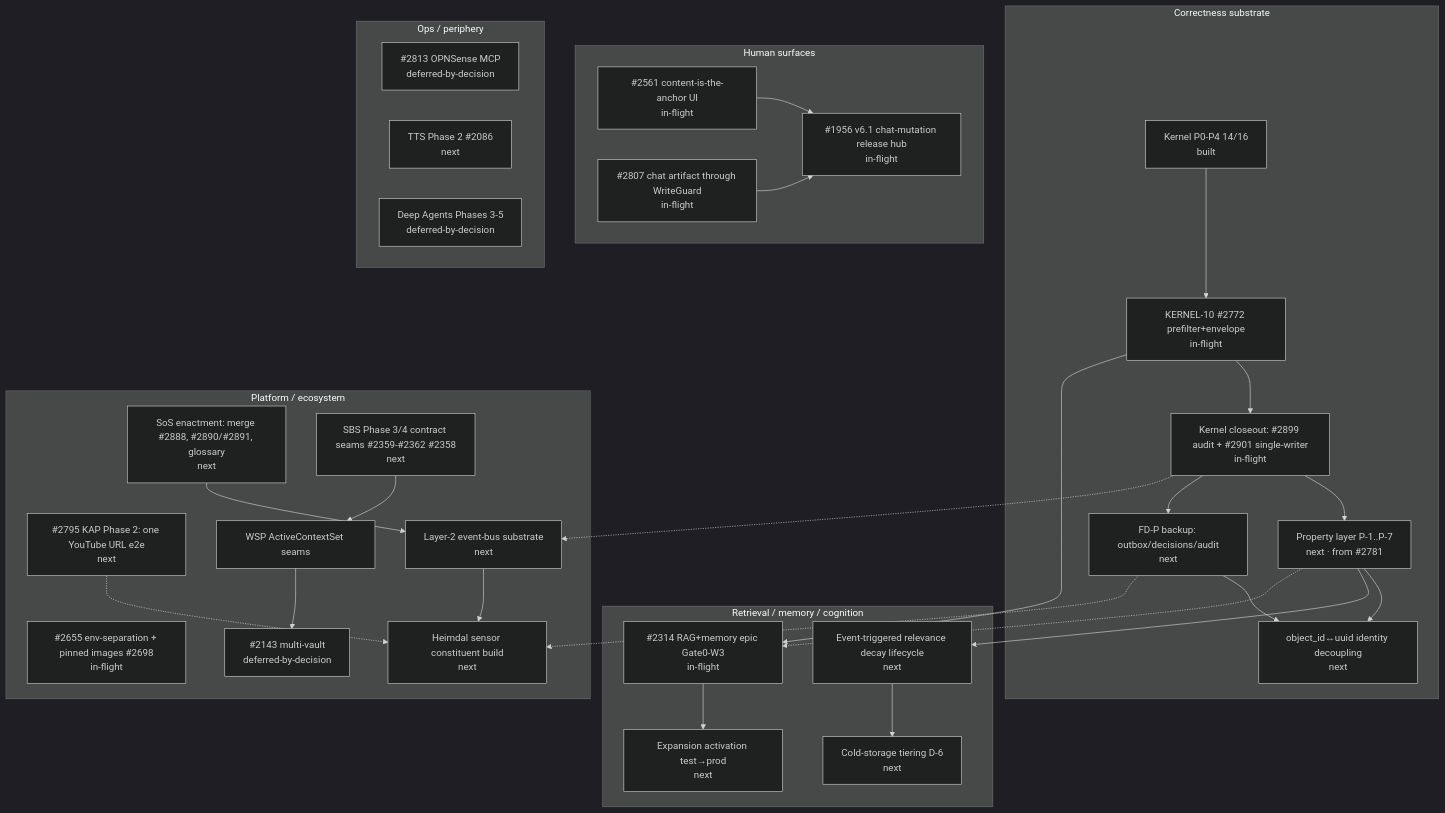
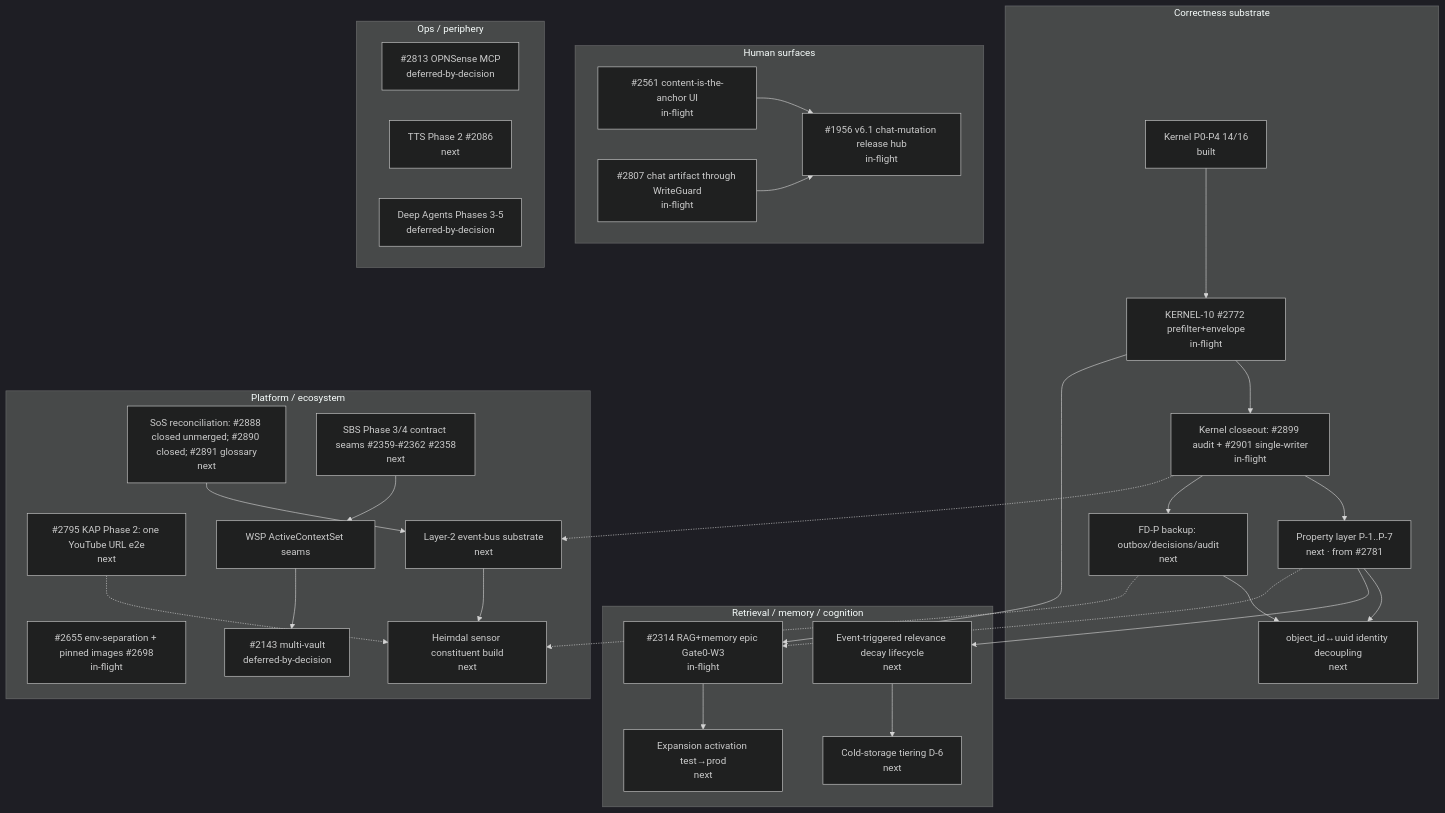
One commit to RasmusTho/agentic-pkm-mvp changed the diagram in docs/architecture/evolution-graph.md. Above: the diagram before and after it, drawn with Mermaid (dark theme). The commit also changed other lines of this file and 4 other files, not shown here.

````diff
--- a/docs/architecture/evolution-graph.md
+++ b/docs/architecture/evolution-graph.md
@@ -21,46 +21,46 @@
 ```mermaid
 graph TD
   subgraph Substrate["Correctness substrate"]
     K0[Kernel P0-P4 14/16<br/>built] --> K10[KERNEL-10 #2772 prefilter+envelope<br/>in-flight]
     K10 --> KCLOSE[Kernel closeout: #2899 audit + #2901 single-writer<br/>in-flight]
     KCLOSE --> PROPS[Property layer P-1..P-7<br/>next  · from #2781]
     KCLOSE --> BACKUP[FD-P backup: outbox/decisions/audit<br/>next]
     PROPS --> IDENT[object_id↔uuid identity decoupling<br/>next]
     BACKUP --> IDENT
   end
 
   subgraph Cognition["Retrieval / memory / cognition"]
     K10 --> RAG[#2314 RAG+memory epic Gate0-W3<br/>in-flight]
     RAG --> EXPAND[Expansion activation test→prod<br/>next]
     PROPS --> DECAY[Event-triggered relevance decay lifecycle<br/>next]
     DECAY --> COLD[Cold-storage tiering D-6<br/>next]
   end
 
   subgraph Surfaces["Human surfaces"]
     UI[#2561 content-is-the-anchor UI<br/>in-flight] --> V61[#1956 v6.1 chat-mutation release hub<br/>in-flight]
     CHAT[#2807 chat artifact through WriteGuard<br/>in-flight] --> V61
   end
 
   subgraph Platform["Platform / ecosystem"]
     DEPLOY[#2655 env-separation + pinned images #2698<br/>in-flight]
-    SOS[SoS enactment: merge #2888, #2890/#2891, glossary<br/>next]
+    SOS[SoS reconciliation: #2888 closed unmerged; #2890 closed; #2891 glossary<br/>next]
     KAP2[#2795 KAP Phase 2: one YouTube URL e2e<br/>next]
     SOS --> BUS[Layer-2 event-bus substrate<br/>next]
     KCLOSE -.-> BUS
     BUS --> HEIM[Heimdal sensor constituent build<br/>next]
     KAP2 -.-> HEIM
     SBS34[SBS Phase 3/4 contract seams #2359-#2362 #2358<br/>next]
     MV[#2143 multi-vault<br/>deferred-by-decision]
     WSP[WSP ActiveContextSet seams] --> MV
     SBS34 --> WSP
   end
 
   subgraph Ops["Ops / periphery"]
     OPN[#2813 OPNSense MCP<br/>deferred-by-decision]
     TTS[TTS Phase 2 #2086<br/>next]
     DEEP[Deep Agents Phases 3-5<br/>deferred-by-decision]
   end
 
   PROPS -.-> RAG
   BACKUP -.-> HEIM
 ```
````
